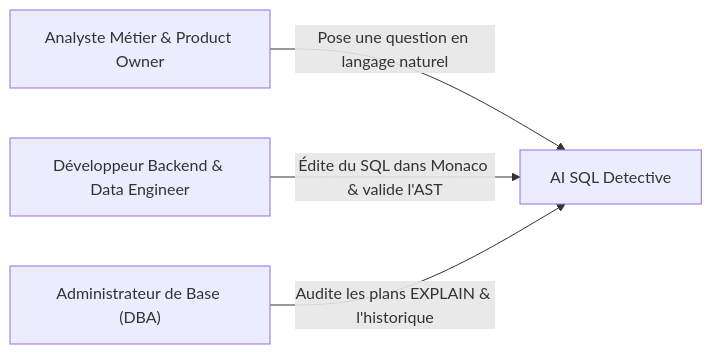
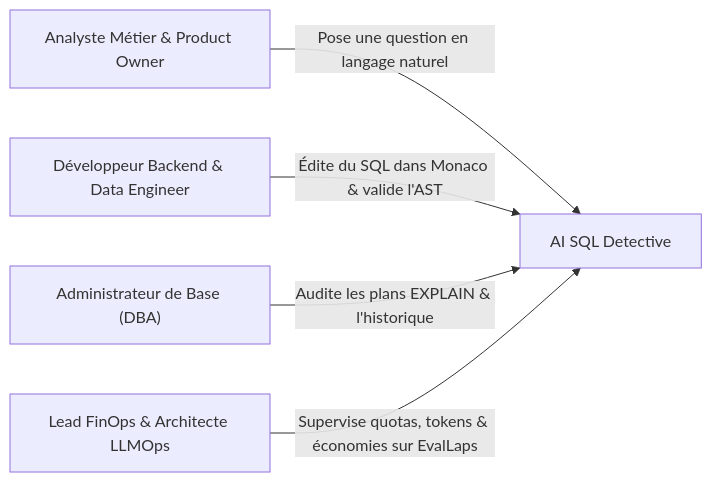
Before and after one commit to Nourhenebenothmen22/AI-SQL-DETECTIVE: the first of 5 diagrams in README.md, drawn with Mermaid. The commit also changed other lines of this file, not shown here.

Commit message:
docs: update README with 100% free-tier architecture, EvalLaps module, and 132 tests

````diff
--- a/README.md
+++ b/README.md
@@ -71,6 +77,7 @@
 ```mermaid
 flowchart LR
     A["Analyste Métier & Product Owner"] -->|"Pose une question en langage naturel"| DETECTIVE["AI SQL Detective"]
     B["Développeur Backend & Data Engineer"] -->|"Édite du SQL dans Monaco & valide l'AST"| DETECTIVE
     C["Administrateur de Base (DBA)"] -->|"Audite les plans EXPLAIN & l'historique"| DETECTIVE
+    D["Lead FinOps & Architecte LLMOps"] -->|"Supervise quotas, tokens & économies sur EvalLaps"| DETECTIVE
 ```
````
